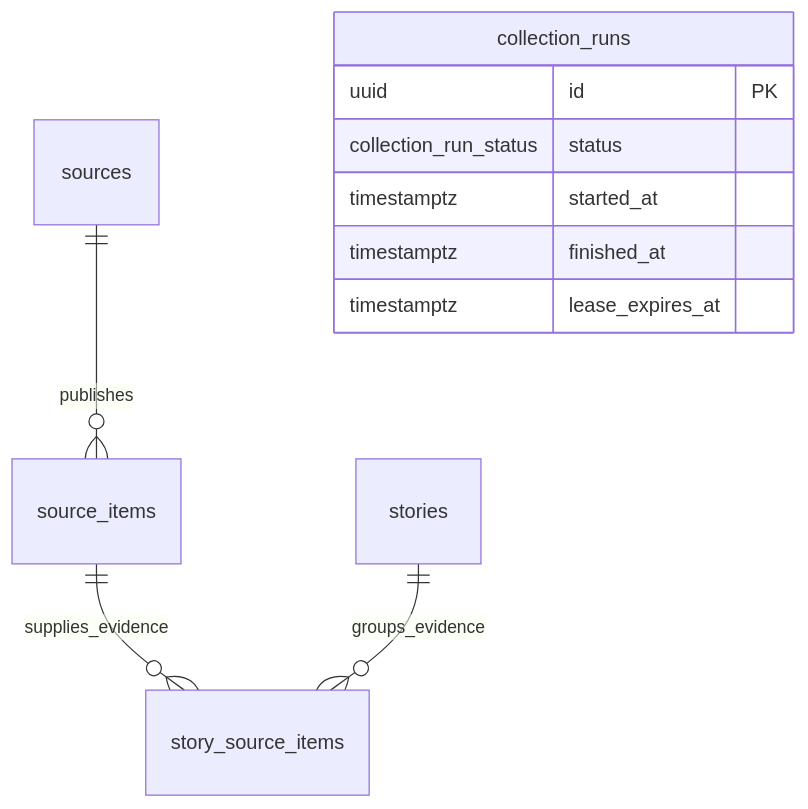
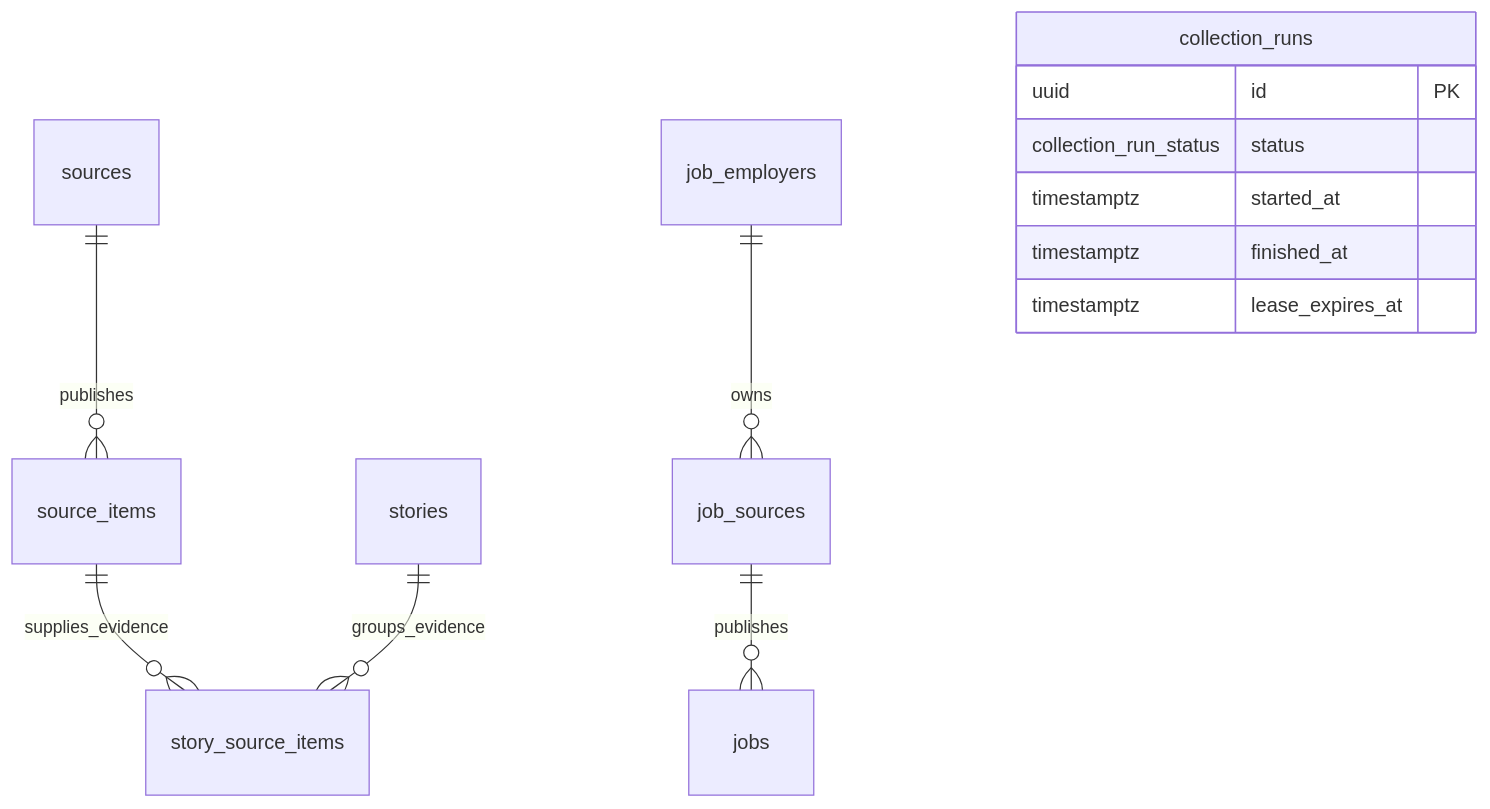
Before and after one commit to tayken05/cloud-engineering-agent: the diagram in docs/DATABASE.md, drawn with Mermaid. The commit also changed other lines of this file and 38 other files, not shown here.

````diff
--- a/docs/DATABASE.md
+++ b/docs/DATABASE.md
@@ -18,13 +18,15 @@
 ```mermaid
 erDiagram
     sources ||--o{ source_items : publishes
     source_items ||--o{ story_source_items : supplies_evidence
     stories ||--o{ story_source_items : groups_evidence
+    job_employers ||--o{ job_sources : owns
+    job_sources ||--o{ jobs : publishes
     collection_runs {
       uuid id PK
       collection_run_status status
       timestamptz started_at
       timestamptz finished_at
       timestamptz lease_expires_at
     }
 ```
````
